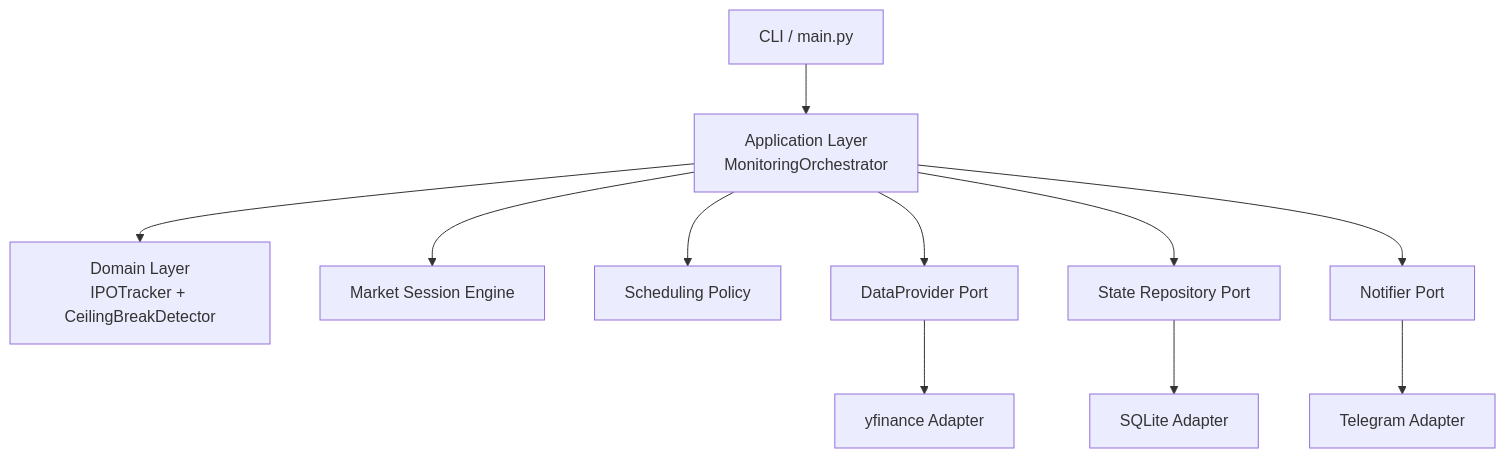
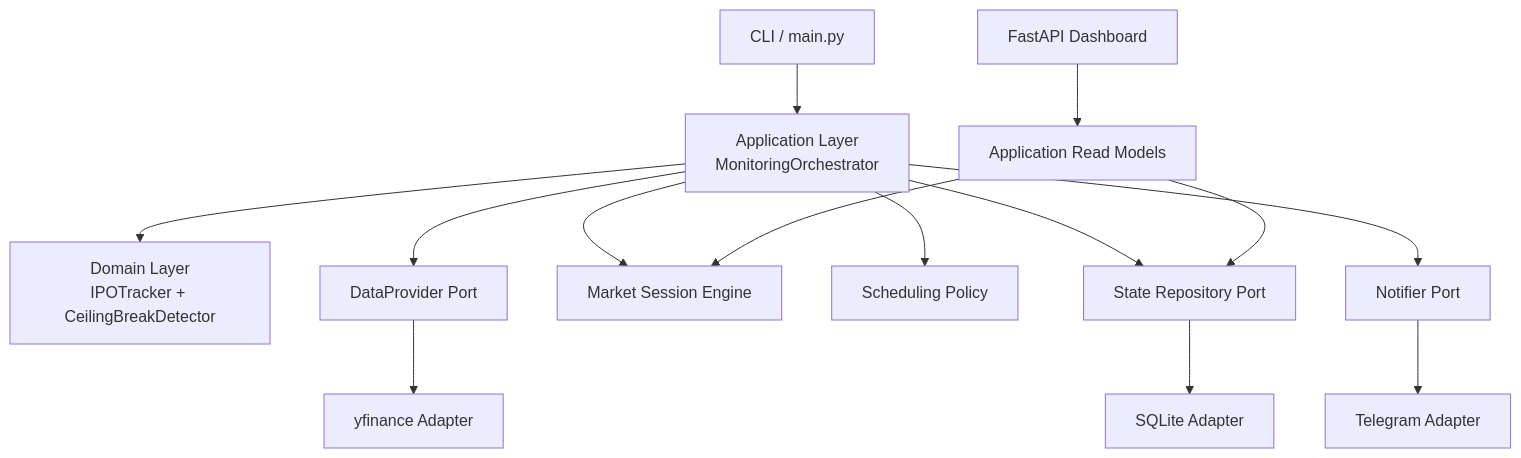
Before and after one commit to emreturgayie/bist-market-monitor: the first of 2 diagrams in README.md, drawn with Mermaid. The commit also changed other lines of this file and 25 other files, not shown here.

````diff
--- a/README.md
+++ b/README.md
@@ -61,13 +63,16 @@
 ```mermaid
 flowchart TD
     CLI["CLI / main.py"] --> App["Application Layer<br/>MonitoringOrchestrator"]
+    Dashboard["FastAPI Dashboard"] --> AppRead["Application Read Models"]
     App --> Domain["Domain Layer<br/>IPOTracker + CeilingBreakDetector"]
+    AppRead --> RepoPort
+    AppRead --> Market
     App --> Market["Market Session Engine"]
     App --> Scheduler["Scheduling Policy"]
     App --> ProviderPort["DataProvider Port"]
     App --> RepoPort["State Repository Port"]
     App --> NotifyPort["Notifier Port"]
     ProviderPort --> YF["yfinance Adapter"]
     RepoPort --> SQLite["SQLite Adapter"]
     NotifyPort --> Telegram["Telegram Adapter"]
 ```
````
